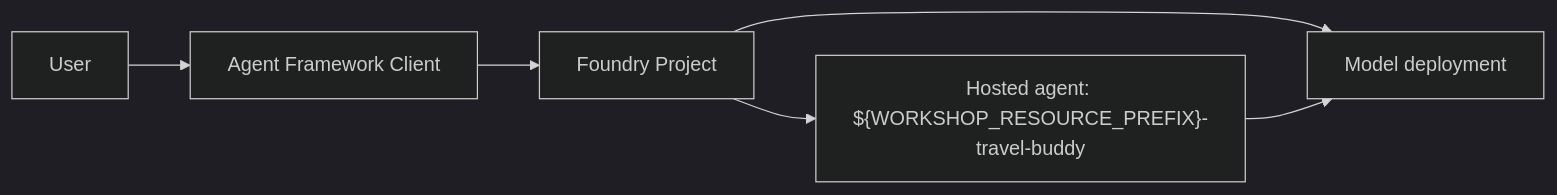
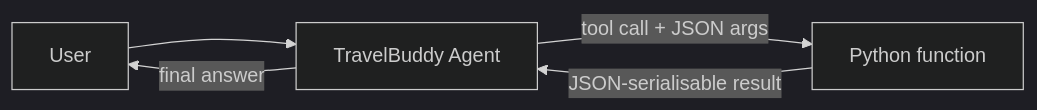
One commit to ConstantinJean/foundry-hosted-agents-workshop changed the diagram in README.md. Above: the diagram before and after it, drawn with Mermaid (dark theme). The commit also changed other lines of this file and 12 other files, not shown here.

````diff
--- a/README.md
+++ b/README.md
@@ -80,8 +67,7 @@
 ```mermaid
 flowchart LR
-    User[User] --> Client[Agent Framework Client]
-    Client --> Project[Foundry Project]
-    Project --> Agent["Hosted agent: ${WORKSHOP_RESOURCE_PREFIX}-travel-buddy"]
-    Project --> Model[Model deployment]
-    Agent --> Model
+    User[User] --> Agent[TravelBuddy Agent]
+    Agent -->|tool call + JSON args| Function[Python function]
+    Function -->|JSON-serialisable result| Agent
+    Agent -->|final answer| User
 ```
````
